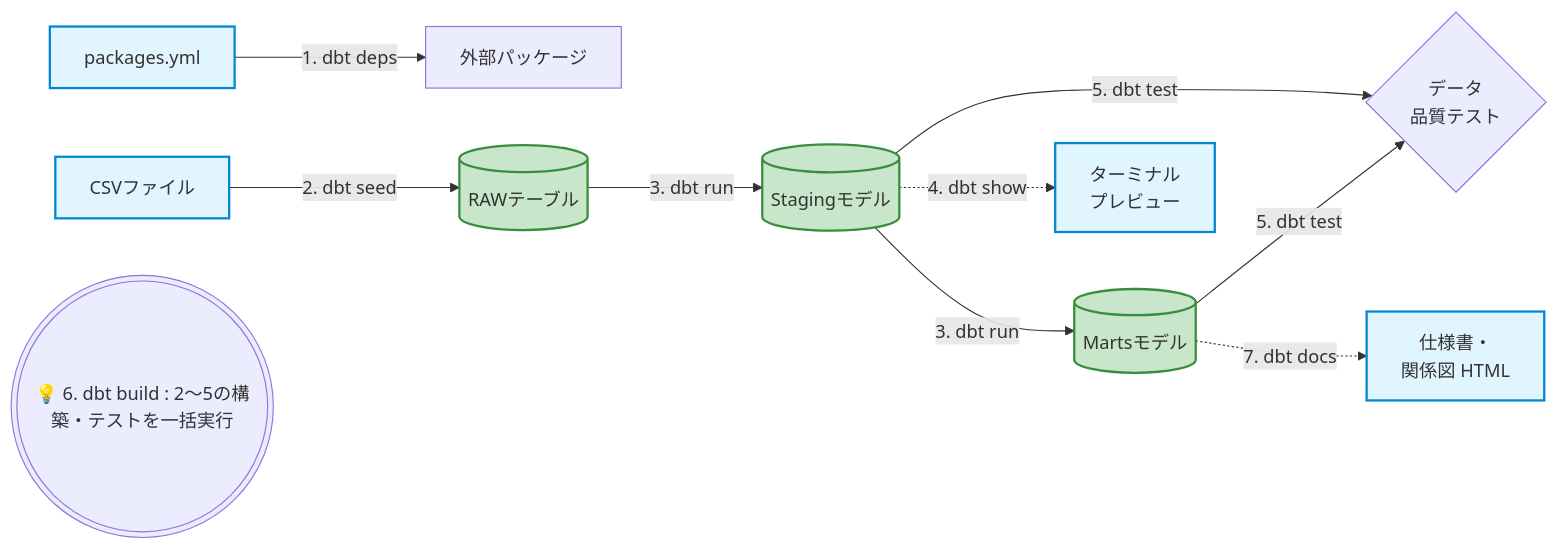
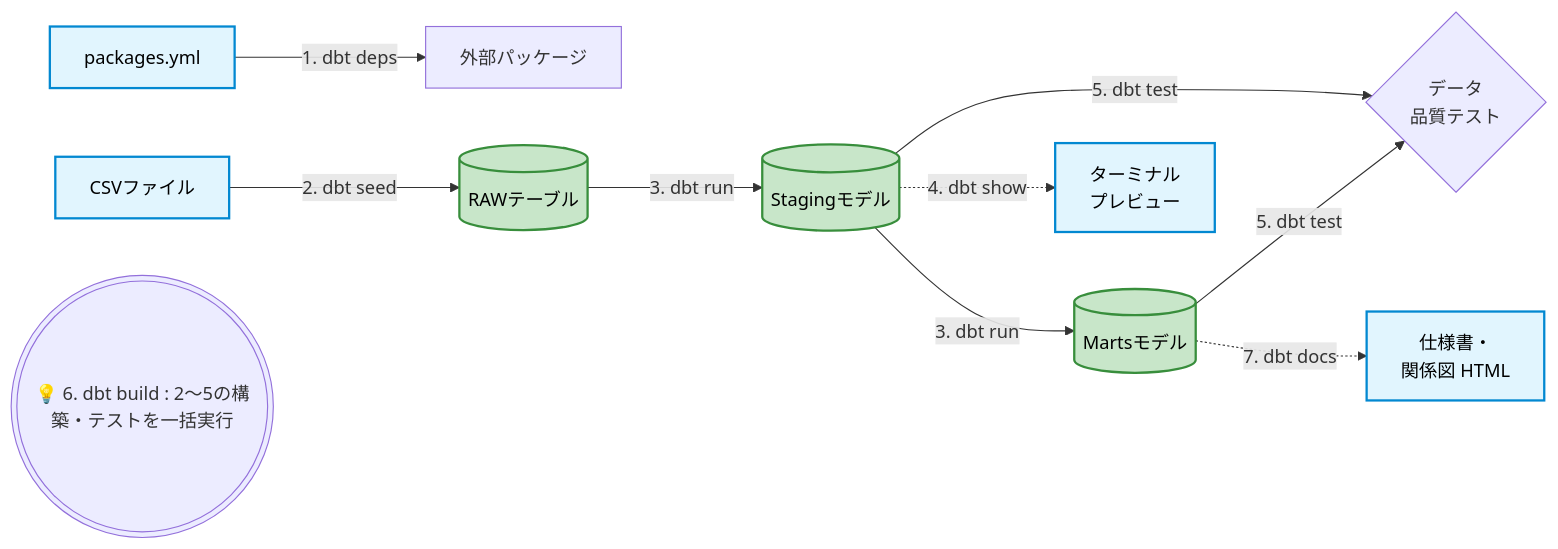
One commit to kkoch5t2/dbt_test_local changed the first of 9 diagrams in README.md. Above: the diagram before and after it, drawn with Mermaid.

Commit message:
docs: Mermaid図解の文字色を修正（ダークテーマ対応）

````diff
--- a/README.md
+++ b/README.md
@@ -132,30 +132,30 @@
 ```mermaid
 flowchart LR
     classDef cmd fill:#ff9900,stroke:#333,stroke-width:2px,color:#000,font-weight:bold;
-    classDef data fill:#e1f5fe,stroke:#0288d1,stroke-width:2px;
-    classDef db fill:#c8e6c9,stroke:#388e3c,stroke-width:2px;
+    classDef data fill:#e1f5fe,stroke:#0288d1,stroke-width:2px,color:#000;
+    classDef db fill:#c8e6c9,stroke:#388e3c,stroke-width:2px,color:#000;
 
     %% 準備
     PKG[packages.yml] -->|1. dbt deps| MACROS[外部パッケージ]
     
     %% データの流れ (実行フェーズ)
     CSV[CSVファイル] -->|2. dbt seed| RAW[(RAWテーブル)]
     RAW -->|3. dbt run| STG[(Stagingモデル)]
     STG -->|3. dbt run| MART[(Martsモデル)]
     
     %% 各モデルからの派生アクション
     STG -.->|4. dbt show| PREVIEW[ターミナル\nプレビュー]
     
     %% テスト
     STG -->|5. dbt test| TEST{データ\n品質テスト}
     MART -->|5. dbt test| TEST
     
     %% ドキュメント生成
     MART -.->|7. dbt docs| DOCS[仕様書・\n関係図 HTML]
 
     %% 全体実行
     BUILD(((💡 6. dbt build : 2〜5の構築・テストを一括実行)))
 
     class PKG,CSV,PREVIEW,DOCS data;
     class RAW,STG,MART db;
 ```
````
